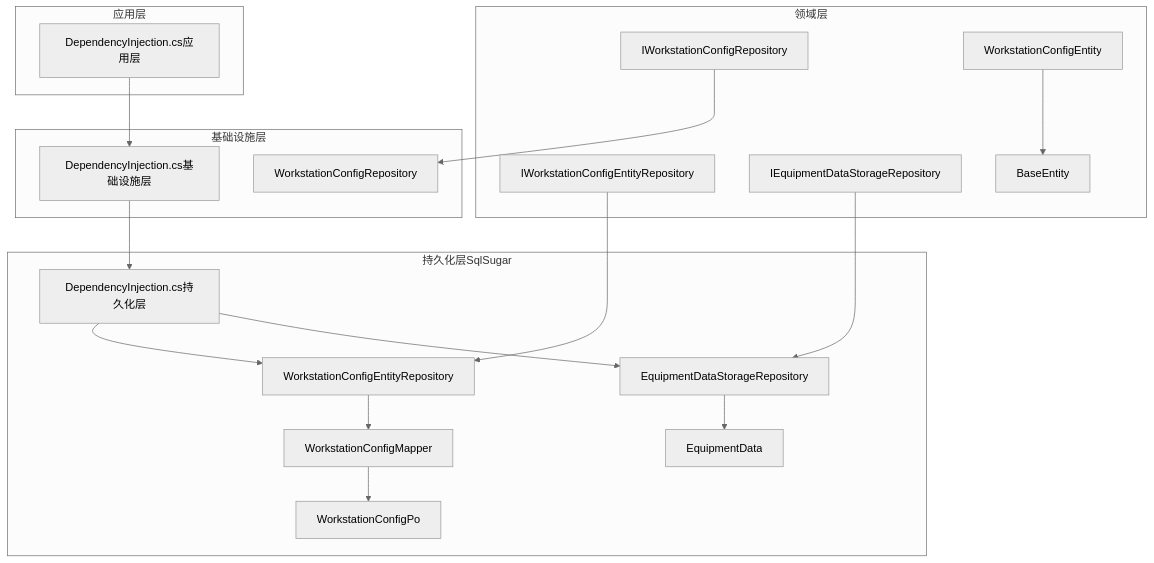
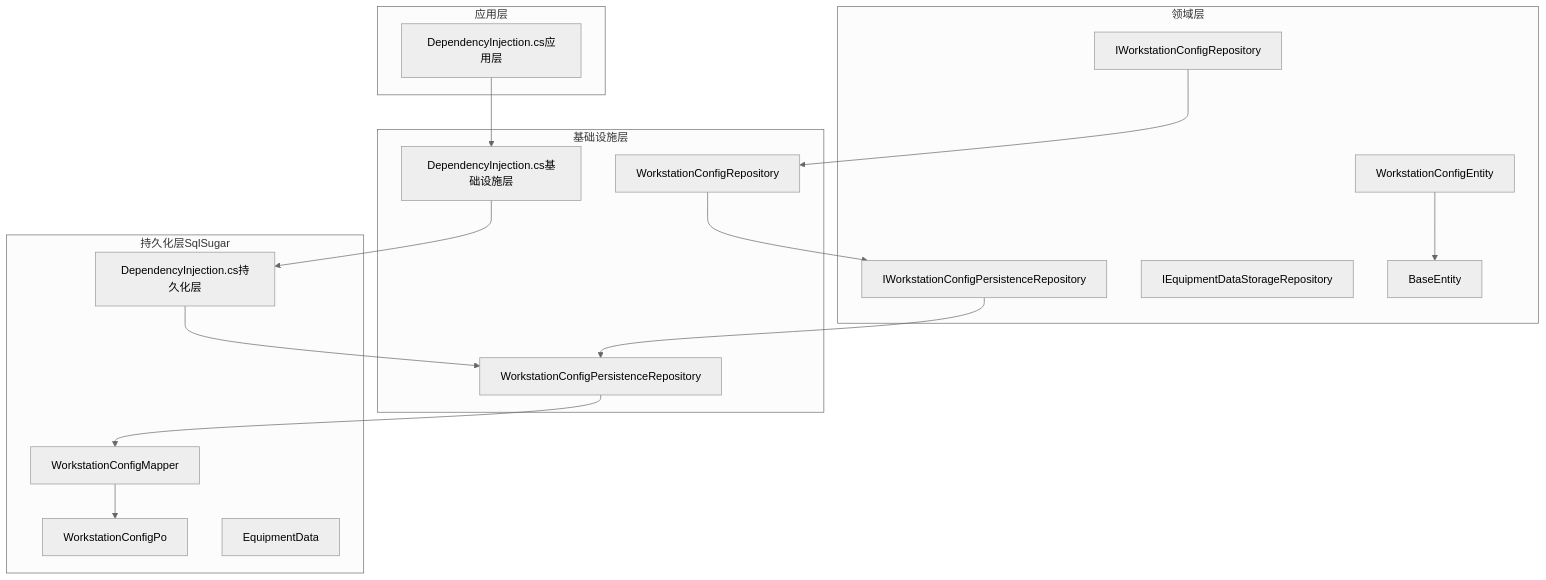
The first of 6 diagrams in .qoder/repowiki/zh/content/数据持久化/仓储模式实现.md (whitemousetl/IndustrialDataSolution), drawn with Mermaid (neutral theme) before and after one commit. The commit also changed other lines of this file and 13 other files, not shown here.

````diff
--- a/.qoder/repowiki/zh/content/数据持久化/仓储模式实现.md
+++ b/.qoder/repowiki/zh/content/数据持久化/仓储模式实现.md
@@ -47,36 +46,33 @@
 ```mermaid
 graph TB
 subgraph "领域层"
-DRepo1["IWorkstationConfigEntityRepository"]
-DRepo2["IEquipmentDataStorageRepository"]
-DRepo3["IWorkstationConfigRepository"]
+DRepo1["IWorkstationConfigPersistenceRepository"]
+DRepo2["IWorkstationConfigRepository"]
+DRepo3["IEquipmentDataStorageRepository"]
 Entity["WorkstationConfigEntity"]
 Base["BaseEntity"]
 end
 subgraph "基础设施层"
 InfraRepo1["WorkstationConfigRepository"]
+InfraRepo2["WorkstationConfigPersistenceRepository"]
 DIInfra["DependencyInjection.cs基础设施层"]
 end
 subgraph "持久化层SqlSugar"
-ImplRepo1["WorkstationConfigEntityRepository"]
-ImplRepo2["EquipmentDataStorageRepository"]
 Mapper["WorkstationConfigMapper"]
 Po["WorkstationConfigPo"]
 EqPo["EquipmentData"]
 DIImpl["DependencyInjection.cs持久化层"]
 end
 subgraph "应用层"
 DIApp["DependencyInjection.cs应用层"]
 end
-DRepo1 --> ImplRepo1
-DRepo2 --> ImplRepo2
-DRepo3 --> InfraRepo1
-ImplRepo1 --> Mapper
+DRepo1 --> InfraRepo2
+DRepo2 --> InfraRepo1
+InfraRepo1 --> DRepo1
+InfraRepo2 --> Mapper
 Mapper --> Po
-ImplRepo2 --> EqPo
 DIApp --> DIInfra
 DIInfra --> DIImpl
-DIImpl --> ImplRepo1
-DIImpl --> ImplRepo2
+DIImpl --> InfraRepo2
 Entity --> Base
 ```
````
